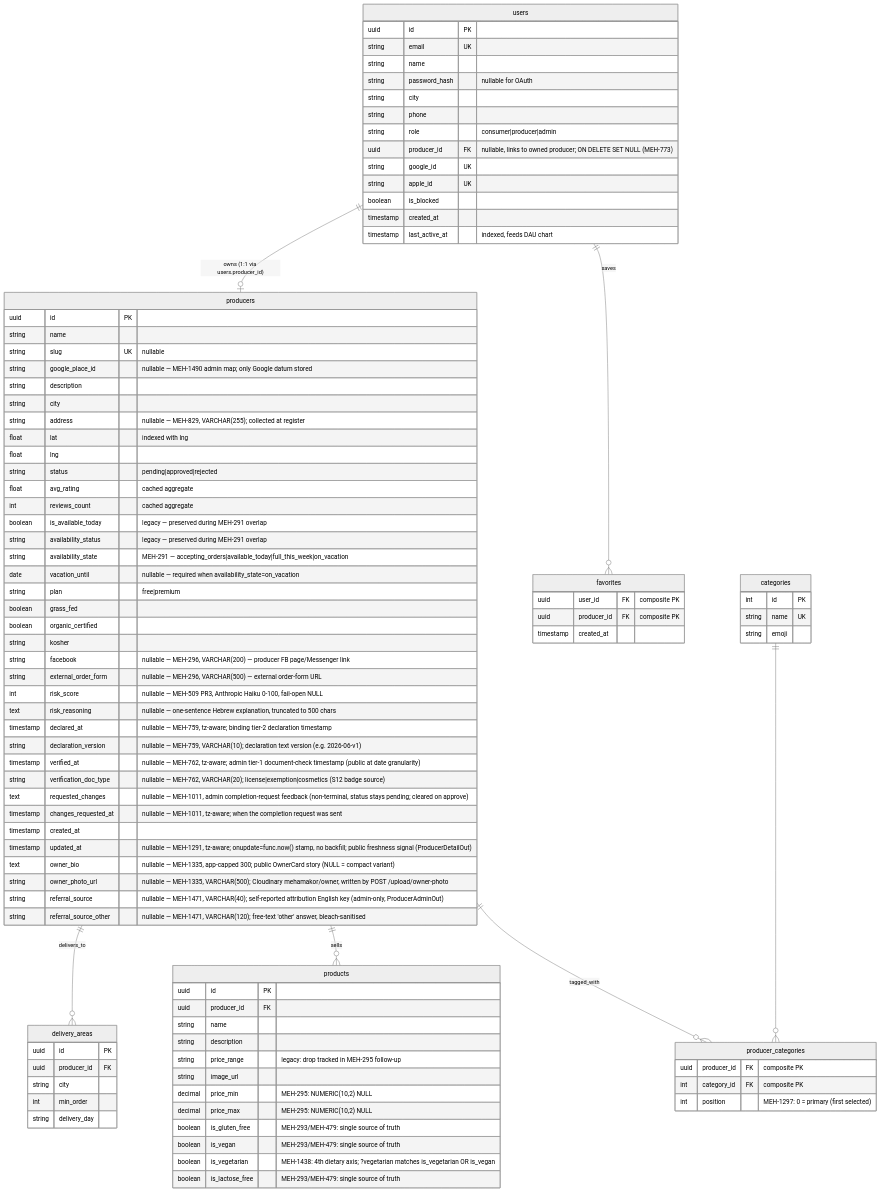
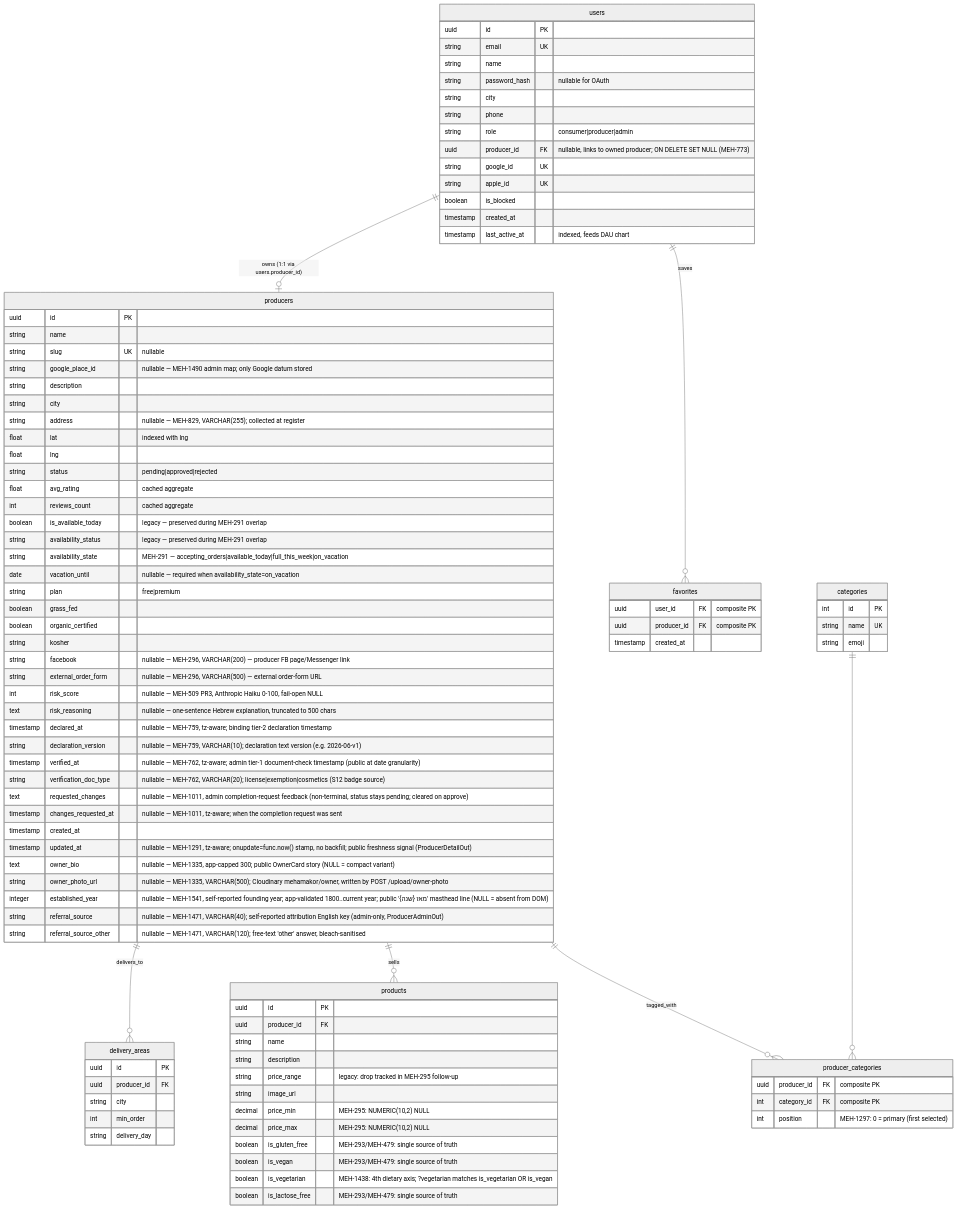
Before and after one commit to levismadar80-ship-it/FoodMamkor: the first of 4 diagrams in .ai/diagrams/db-schema.md, drawn with Mermaid (neutral theme). The commit also changed 17 other files, not shown here.

First line of the commit message:
feat(producer): established_year frontend — dashboard, admin, "מאז {שנה}" masthead (MEH-1541)

```diff
--- a/.ai/diagrams/db-schema.md
+++ b/.ai/diagrams/db-schema.md
@@ -72,6 +72,7 @@
         timestamp updated_at "nullable — MEH-1291, tz-aware; onupdate=func.now() stamp, no backfill; public freshness signal (ProducerDetailOut)"
         text owner_bio "nullable — MEH-1335, app-capped 300; public OwnerCard story (NULL = compact variant)"
         string owner_photo_url "nullable — MEH-1335, VARCHAR(500); Cloudinary mehamakor/owner, written by POST /upload/owner-photo"
+        integer established_year "nullable — MEH-1541, self-reported founding year; app-validated 1800..current year; public 'מאז {שנה}' masthead line (NULL = absent from DOM)"
         string referral_source "nullable — MEH-1471, VARCHAR(40); self-reported attribution English key (admin-only, ProducerAdminOut)"
         string referral_source_other "nullable — MEH-1471, VARCHAR(120); free-text 'other' answer, bleach-sanitised"
     }
```
